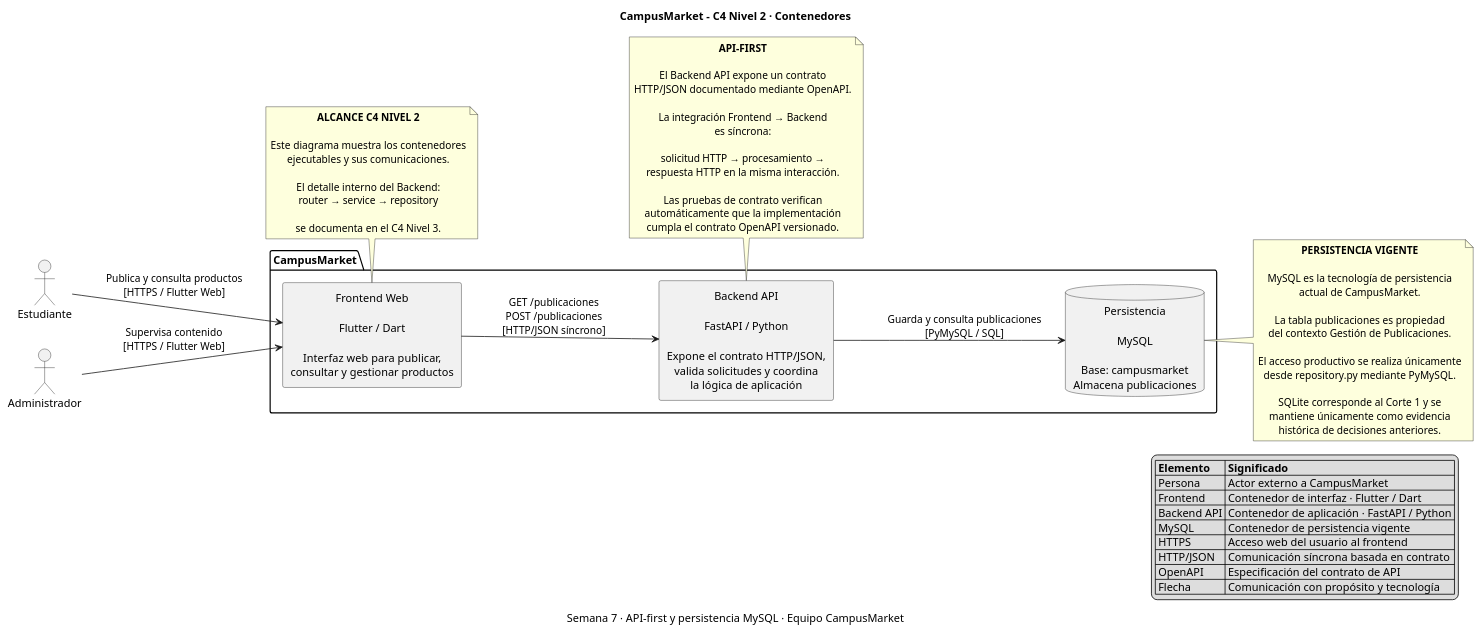
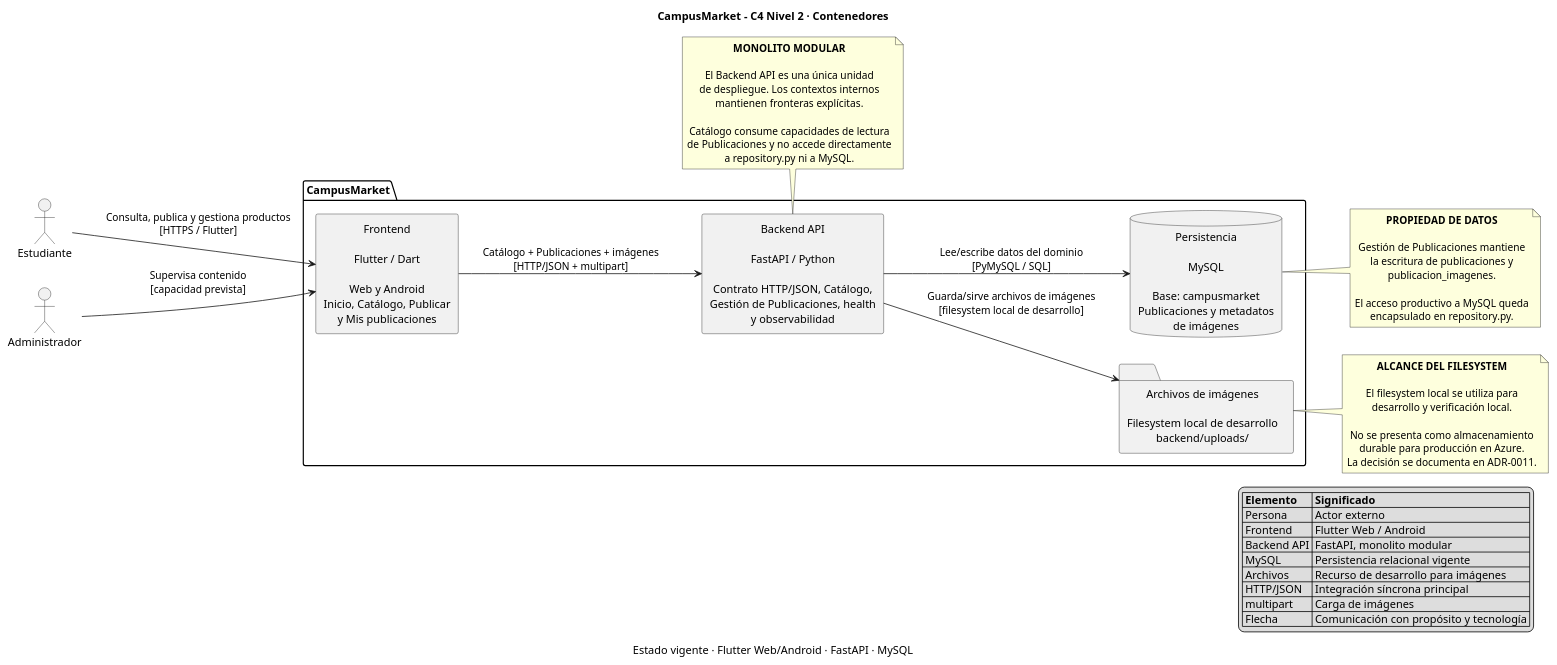
One commit to ISCOUTB/AS_202620_PROYECTO_CAMPUSMARKET changed the diagram in docs/c4/02-contenedores.puml. Above: the diagram before and after it, drawn with PlantUML.

Commit message:
docs: actualizar C4 nivel 2 al marketplace vigente

```diff
--- a/docs/c4/02-contenedores.puml
+++ b/docs/c4/02-contenedores.puml
@@ -1,90 +1,78 @@
 @startuml
 
 title CampusMarket - C4 Nivel 2 · Contenedores
-caption Semana 7 · API-first y persistencia MySQL · Equipo CampusMarket
+caption Estado vigente · Flutter Web/Android · FastAPI · MySQL
 
 left to right direction
 
 skinparam shadowing false
 skinparam actorStyle stickman
 skinparam defaultTextAlignment center
 
 actor "Estudiante" as estudiante
 actor "Administrador" as administrador
 
 package "CampusMarket" {
+    rectangle "Frontend\n\nFlutter / Dart\n\nWeb y Android\nInicio, Catálogo, Publicar\ny Mis publicaciones" as frontend
 
-    rectangle "Frontend Web\n\nFlutter / Dart\n\nInterfaz web para publicar,\nconsultar y gestionar productos" as frontend
+    rectangle "Backend API\n\nFastAPI / Python\n\nContrato HTTP/JSON, Catálogo,\nGestión de Publicaciones, health\ny observabilidad" as backend
 
-    rectangle "Backend API\n\nFastAPI / Python\n\nExpone el contrato HTTP/JSON,\nvalida solicitudes y coordina\nla lógica de aplicación" as backend
+    database "Persistencia\n\nMySQL\n\nBase: campusmarket\nPublicaciones y metadatos\nde imágenes" as mysql
 
-    database "Persistencia\n\nMySQL\n\nBase: campusmarket\nAlmacena publicaciones" as mysql
+    folder "Archivos de imágenes\n\nFilesystem local de desarrollo\nbackend/uploads/" as uploads
 }
 
-estudiante --> frontend : Publica y consulta productos\n[HTTPS / Flutter Web]
+estudiante --> frontend : Consulta, publica y gestiona productos\n[HTTPS / Flutter]
+administrador --> frontend : Supervisa contenido\n[capacidad prevista]
 
-administrador --> frontend : Supervisa contenido\n[HTTPS / Flutter Web]
-
-frontend --> backend : GET /publicaciones\nPOST /publicaciones\n[HTTP/JSON síncrono]
-
-backend --> mysql : Guarda y consulta publicaciones\n[PyMySQL / SQL]
+frontend --> backend : Catálogo + Publicaciones + imágenes\n[HTTP/JSON + multipart]
+backend --> mysql : Lee/escribe datos del dominio\n[PyMySQL / SQL]
+backend --> uploads : Guarda/sirve archivos de imágenes\n[filesystem local de desarrollo]
 
 note bottom of backend
-**API-FIRST**
+**MONOLITO MODULAR**
 
-El Backend API expone un contrato
-HTTP/JSON documentado mediante OpenAPI.
+El Backend API es una única unidad
+de despliegue. Los contextos internos
+mantienen fronteras explícitas.
 
-La integración Frontend → Backend
-es síncrona:
+Catálogo consume capacidades de lectura
+de Publicaciones y no accede directamente
+a repository.py ni a MySQL.
+end note
 
-solicitud HTTP → procesamiento →
-respuesta HTTP en la misma interacción.
+note right of uploads
+**ALCANCE DEL FILESYSTEM**
 
-Las pruebas de contrato verifican
-automáticamente que la implementación
-cumpla el contrato OpenAPI versionado.
+El filesystem local se utiliza para
+desarrollo y verificación local.
+
+No se presenta como almacenamiento
+durable para producción en Azure.
+La decisión se documenta en ADR-0011.
 end note
 
 note right of mysql
-**PERSISTENCIA VIGENTE**
+**PROPIEDAD DE DATOS**
 
-MySQL es la tecnología de persistencia
-actual de CampusMarket.
+Gestión de Publicaciones mantiene
+la escritura de publicaciones y
+publicacion_imagenes.
 
-La tabla publicaciones es propiedad
-del contexto Gestión de Publicaciones.
-
-El acceso productivo se realiza únicamente
-desde repository.py mediante PyMySQL.
-
-SQLite corresponde al Corte 1 y se
-mantiene únicamente como evidencia
-histórica de decisiones anteriores.
+El acceso productivo a MySQL queda
+encapsulado en repository.py.
 end note
 
 legend right
 |= Elemento |= Significado |
-| Persona | Actor externo a CampusMarket |
-| Frontend | Contenedor de interfaz · Flutter / Dart |
-| Backend API | Contenedor de aplicación · FastAPI / Python |
-| MySQL | Contenedor de persistencia vigente |
-| HTTPS | Acceso web del usuario al frontend |
-| HTTP/JSON | Comunicación síncrona basada en contrato |
-| OpenAPI | Especificación del contrato de API |
+| Persona | Actor externo |
+| Frontend | Flutter Web / Android |
+| Backend API | FastAPI, monolito modular |
+| MySQL | Persistencia relacional vigente |
+| Archivos | Recurso de desarrollo para imágenes |
+| HTTP/JSON | Integración síncrona principal |
+| multipart | Carga de imágenes |
 | Flecha | Comunicación con propósito y tecnología |
 endlegend
 
-note bottom of frontend
-**ALCANCE C4 NIVEL 2**
-
-Este diagrama muestra los contenedores
-ejecutables y sus comunicaciones.
-
-El detalle interno del Backend:
-router → service → repository
-
-se documenta en el C4 Nivel 3.
-end note
-
 @enduml
```
